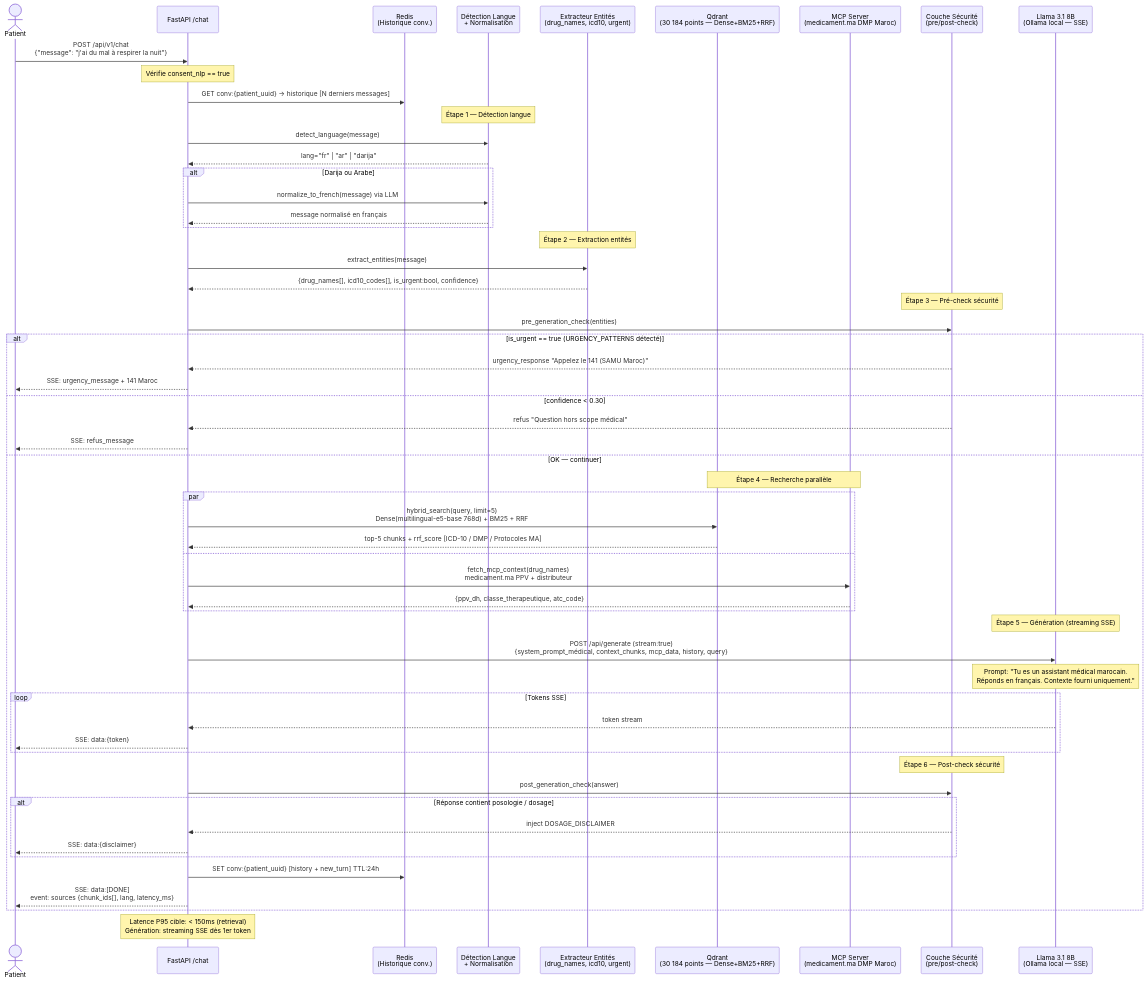
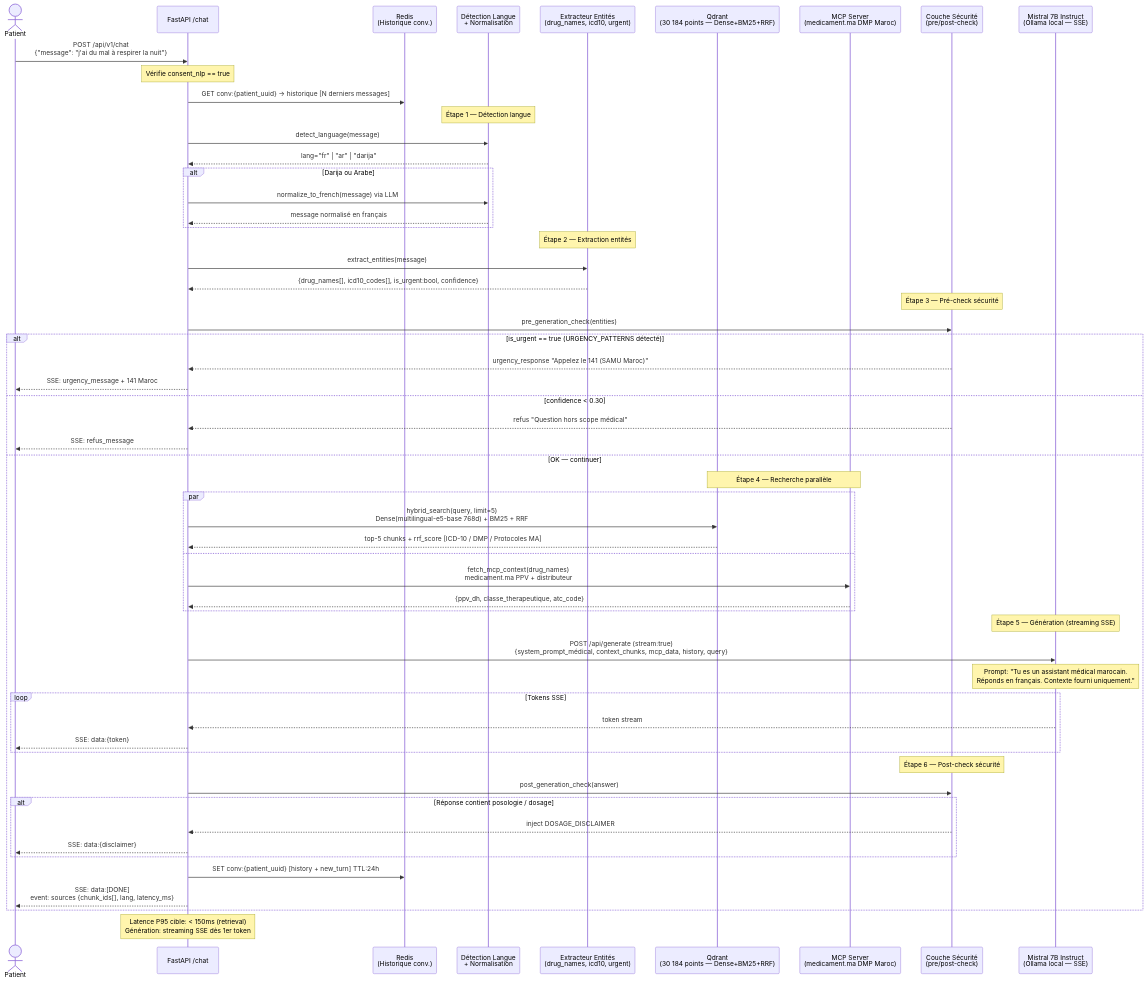
One commit to Boussyf0/MediSense-AI changed diagram 19 of 32 in docs/DIAGRAMMES.md. Above: the diagram before and after it, drawn with Mermaid. The commit also changed other lines of this file and 17 other files, not shown here.

First line of the commit message:
feat(sprint3): dual LLM provider (Groq/Ollama), pre-LLM safety gate, red-team 10/10

````diff
--- a/docs/DIAGRAMMES.md
+++ b/docs/DIAGRAMMES.md
@@ -824,67 +824,67 @@
 ```mermaid
 sequenceDiagram
     actor Patient
     participant API as FastAPI /chat
     participant REDIS as Redis<br/>(Historique conv.)
     participant LANG as Détection Langue<br/>+ Normalisation
     participant NLP as Extracteur Entités<br/>(drug_names, icd10, urgent)
     participant QDR as Qdrant<br/>(30 184 points — Dense+BM25+RRF)
     participant MCP as MCP Server<br/>(medicament.ma DMP Maroc)
     participant SAFE as Couche Sécurité<br/>(pre/post-check)
-    participant LLM as Llama 3.1 8B<br/>(Ollama local — SSE)
+    participant LLM as Mistral 7B Instruct<br/>(Ollama local — SSE)
 
     Patient->>API: POST /api/v1/chat<br/>{"message": "j'ai du mal à respirer la nuit"}
     Note over API: Vérifie consent_nlp == true
 
     API->>REDIS: GET conv:{patient_uuid} → historique [N derniers messages]
 
     Note over LANG: Étape 1 — Détection langue
     API->>LANG: detect_language(message)
     LANG-->>API: lang="fr" | "ar" | "darija"
     alt Darija ou Arabe
         API->>LANG: normalize_to_french(message) via LLM
         LANG-->>API: message normalisé en français
     end
 
     Note over NLP: Étape 2 — Extraction entités
     API->>NLP: extract_entities(message)
     NLP-->>API: {drug_names[], icd10_codes[], is_urgent:bool, confidence}
 
     Note over SAFE: Étape 3 — Pré-check sécurité
     API->>SAFE: pre_generation_check(entities)
     alt is_urgent == true (URGENCY_PATTERNS détecté)
         SAFE-->>API: urgency_response "Appelez le 141 (SAMU Maroc)"
         API-->>Patient: SSE: urgency_message + 141 Maroc
     else confidence < 0.30
         SAFE-->>API: refus "Question hors scope médical"
         API-->>Patient: SSE: refus_message
     else OK — continuer
         Note over QDR,MCP: Étape 4 — Recherche parallèle
         par
             API->>QDR: hybrid_search(query, limit=5)<br/>Dense(multilingual-e5-base 768d) + BM25 + RRF
             QDR-->>API: top-5 chunks + rrf_score [ICD-10 / DMP / Protocoles MA]
         and
             API->>MCP: fetch_mcp_context(drug_names)<br/>medicament.ma PPV + distributeur
             MCP-->>API: {ppv_dh, classe_therapeutique, atc_code}
         end
 
         Note over LLM: Étape 5 — Génération (streaming SSE)
         API->>LLM: POST /api/generate (stream:true)<br/>{system_prompt_médical, context_chunks, mcp_data, history, query}
         Note over LLM: Prompt: "Tu es un assistant médical marocain.<br/>Réponds en français. Contexte fourni uniquement."
         loop Tokens SSE
             LLM-->>API: token stream
             API-->>Patient: SSE: data:{token}
         end
 
         Note over SAFE: Étape 6 — Post-check sécurité
         API->>SAFE: post_generation_check(answer)
         alt Réponse contient posologie / dosage
             SAFE-->>API: inject DOSAGE_DISCLAIMER
             API-->>Patient: SSE: data:{disclaimer}
         end
 
         API->>REDIS: SET conv:{patient_uuid} [history + new_turn] TTL:24h
         API-->>Patient: SSE: data:[DONE]<br/>event: sources {chunk_ids[], lang, latency_ms}
     end
     Note over API: Latence P95 cible: < 150ms (retrieval)<br/>Génération: streaming SSE dès 1er token
 ```
````
